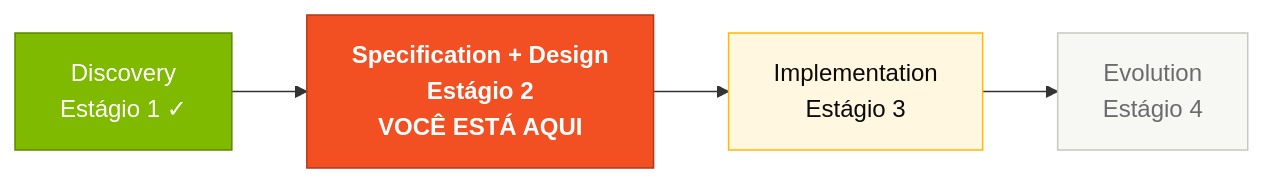
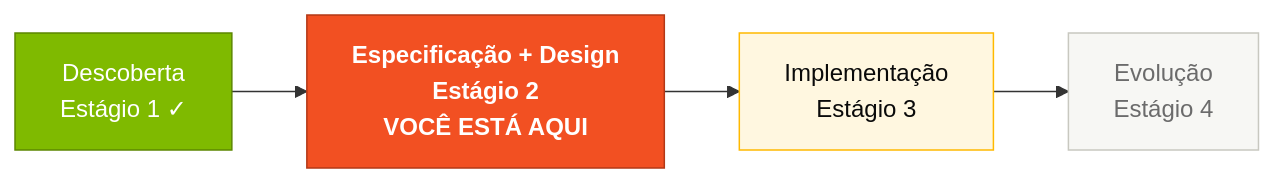
The first of 2 diagrams in pt-br/02-spec-moderna/README.md (paulasilvatech/hackathon-datacorp-team-kit), drawn with Mermaid before and after one commit. The commit also changed other lines of this file and 172 other files, not shown here.

````diff
--- a/pt-br/02-spec-moderna/README.md
+++ b/pt-br/02-spec-moderna/README.md
@@ -21,14 +21,14 @@
 ```mermaid
 flowchart LR
  classDef done fill:#7FBA00,stroke:#5C8700,color:#fff
  classDef current fill:#F25022,stroke:#B33816,color:#fff,font-weight:bold
  classDef next fill:#FFF7E0,stroke:#FFB900,color:#0A0A0A
  classDef later fill:#F7F7F4,stroke:#C8C8C0,color:#6B6B6B
 
- D[Discovery<br/>Estágio 1 ✓]:::done
- SP[Specification + Design<br/>Estágio 2<br/>VOCÊ ESTÁ AQUI]:::current
- IM[Implementation<br/>Estágio 3]:::next
- EV[Evolution<br/>Estágio 4]:::later
+ D[Descoberta<br/>Estágio 1 ✓]:::done
+ SP[Especificação + Design<br/>Estágio 2<br/>VOCÊ ESTÁ AQUI]:::current
+ IM[Implementação<br/>Estágio 3]:::next
+ EV[Evolução<br/>Estágio 4]:::later
 
  D --> SP --> IM --> EV
 ```
````
